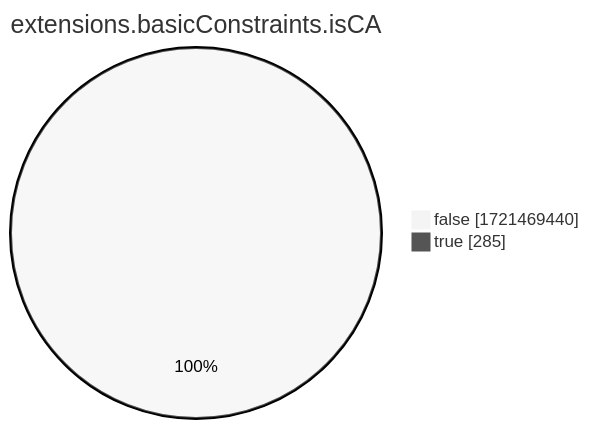
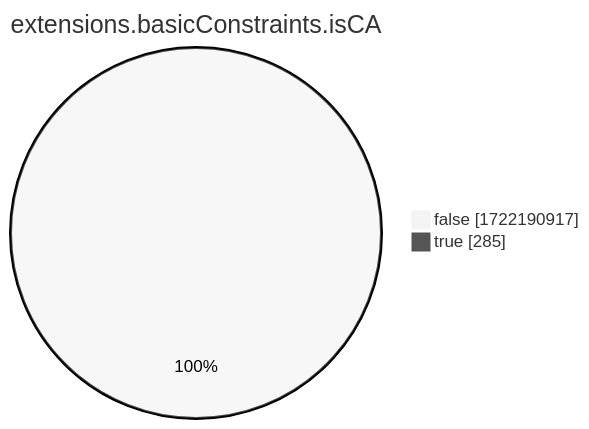
The eighth of 15 diagrams in xenon2022/README.md (christiankrug/ctmonitor_visualization), drawn with Mermaid (neutral theme) before and after one commit. The commit also changed other lines of this file, not shown here.

````diff
--- a/xenon2022/README.md
+++ b/xenon2022/README.md
@@ -2866,6 +2866,6 @@
 ```mermaid
 pie showData
 title extensions.basicConstraints.isCA
-"false" :1721469440
+"false" :1722190917
 "true" :285
 ```
````
